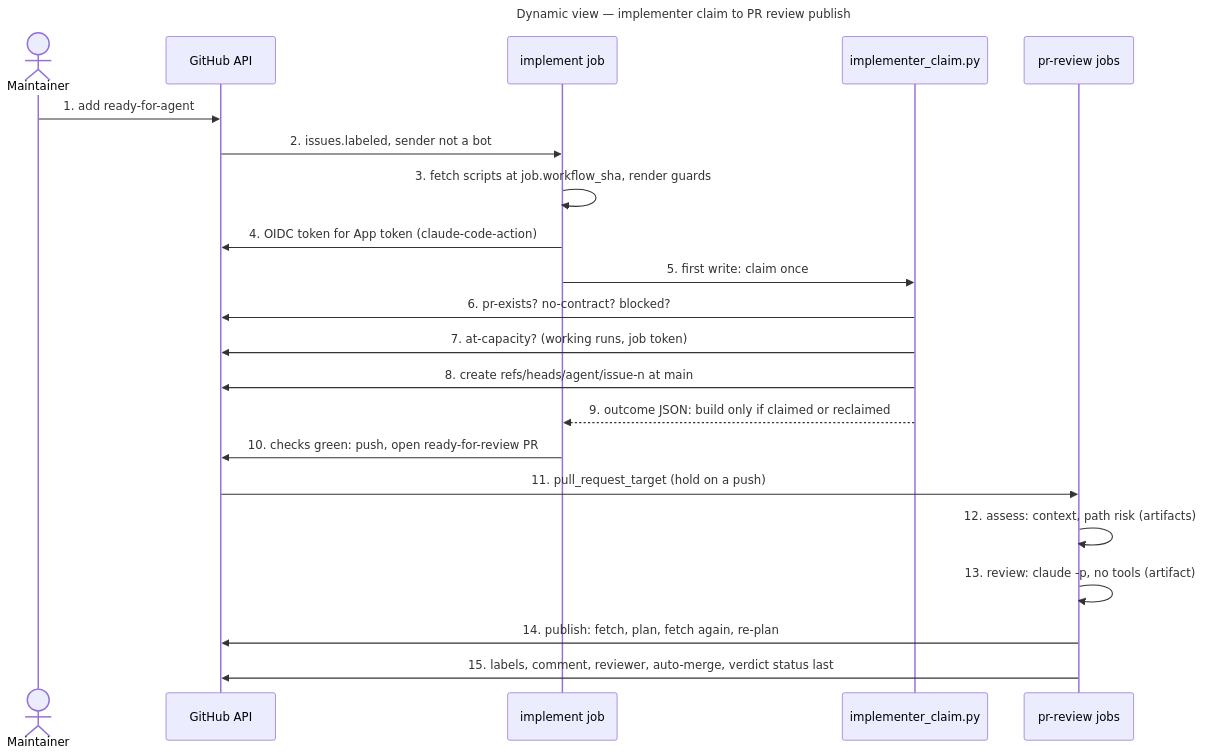
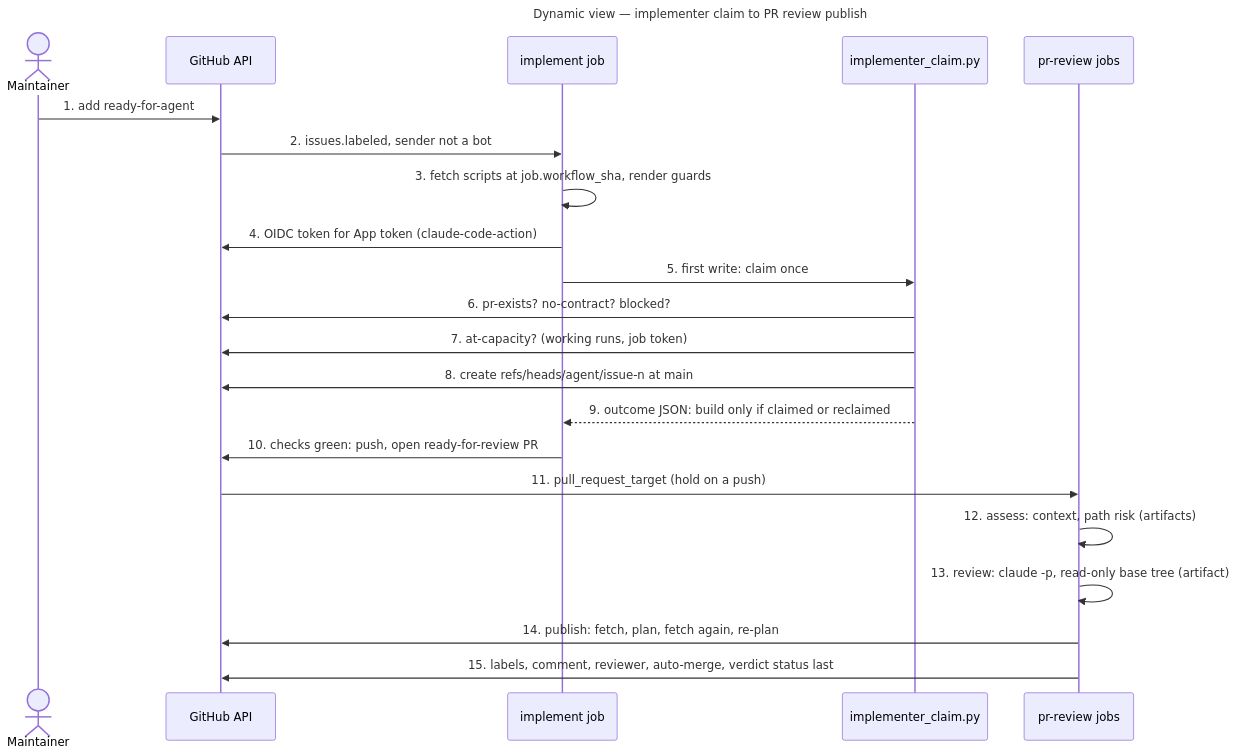
The third of 4 diagrams in docs/factory/architecture.md (fabiandistler/agents), drawn with Mermaid before and after one commit. The commit also changed other lines of this file and 2 other files, not shown here.

Commit message:
docs(pr-review): describe the base checkout the review model reads
The runbook, the reusable-workflow guide and the factory architecture now
say that the model reads pr-review-base with read tools, takes up to 40
turns and 600 seconds, and that a CLI pin bump reruns the ADR-0013 sandbox
check first.

Refs #1000

````diff
--- a/docs/factory/architecture.md
+++ b/docs/factory/architecture.md
@@ -127,24 +127,24 @@
 ```mermaid
 sequenceDiagram
     title Dynamic view — implementer claim to PR review publish
     actor M as Maintainer
     participant GH as GitHub API
     participant I as implement job
     participant C as implementer_claim.py
     participant R as pr-review jobs
     M->>GH: 1. add ready-for-agent
     GH->>I: 2. issues.labeled, sender not a bot
     I->>I: 3. fetch scripts at job.workflow_sha, render guards
     I->>GH: 4. OIDC token for App token (claude-code-action)
     I->>C: 5. first write: claim once
     C->>GH: 6. pr-exists? no-contract? blocked?
     C->>GH: 7. at-capacity? (working runs, job token)
     C->>GH: 8. create refs/heads/agent/issue-n at main
     C-->>I: 9. outcome JSON: build only if claimed or reclaimed
     I->>GH: 10. checks green: push, open ready-for-review PR
     GH->>R: 11. pull_request_target (hold on a push)
     R->>R: 12. assess: context, path risk (artifacts)
-    R->>R: 13. review: claude -p, no tools (artifact)
+    R->>R: 13. review: claude -p, read-only base tree (artifact)
     R->>GH: 14. publish: fetch, plan, fetch again, re-plan
     R->>GH: 15. labels, comment, reviewer, auto-merge, verdict status last
 ```
````
